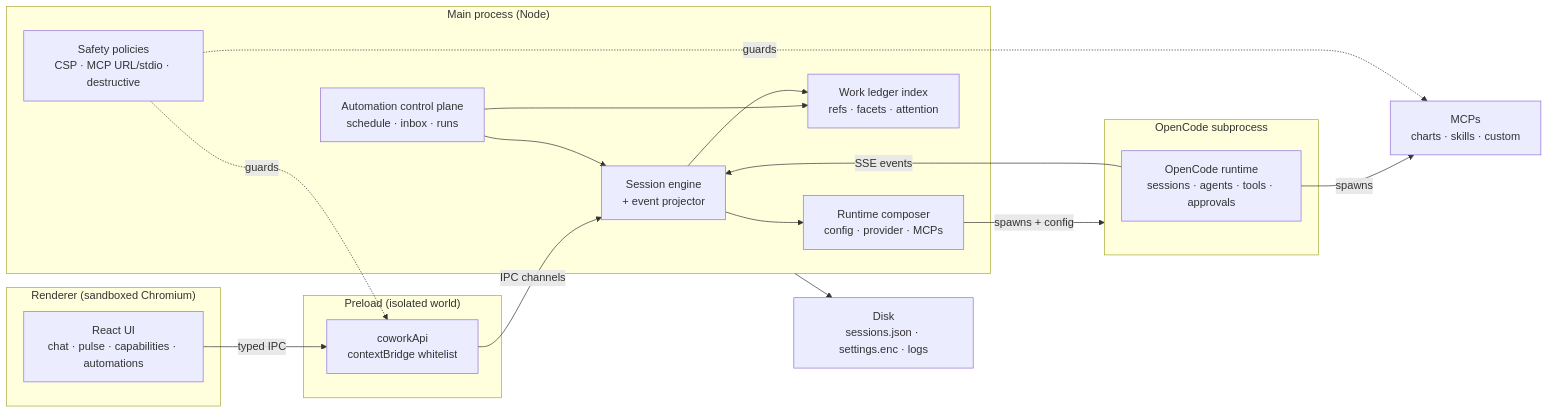
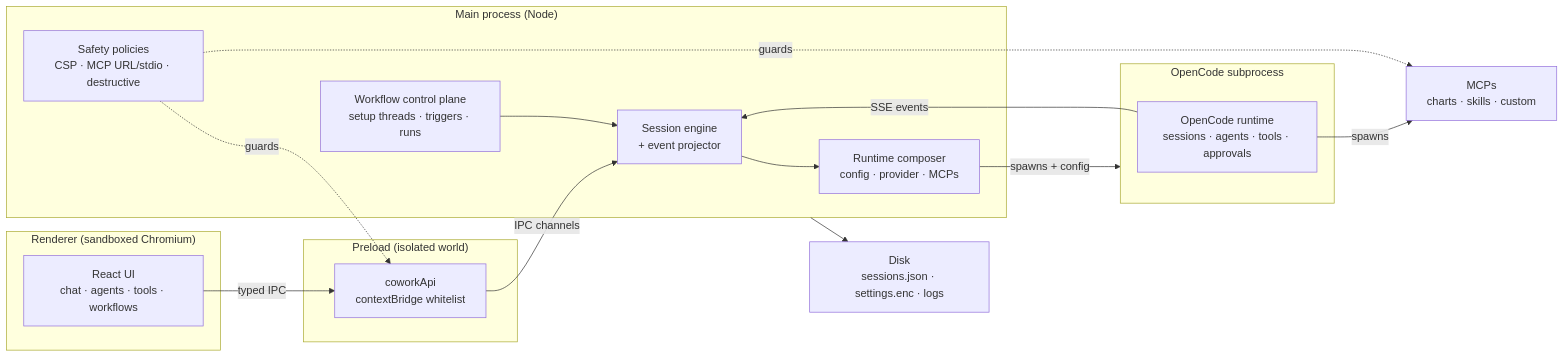
The diagram in docs/architecture.md (joe-broadhead/open-cowork), drawn with Mermaid before and after one commit. The commit also changed other lines of this file and 493 other files, not shown here.

````diff
--- a/docs/architecture.md
+++ b/docs/architecture.md
@@ -16,38 +16,35 @@
 ```mermaid
 flowchart LR
     subgraph Renderer["Renderer (sandboxed Chromium)"]
-        UI["React UI<br/>chat · pulse · capabilities · automations"]
+        UI["React UI<br/>chat · agents · tools · workflows"]
     end
 
     subgraph Preload["Preload (isolated world)"]
         Bridge["coworkApi<br/>contextBridge whitelist"]
     end
 
     subgraph Main["Main process (Node)"]
         Engine["Session engine<br/>+ event projector"]
         Runtime["Runtime composer<br/>config · provider · MCPs"]
-        Auto["Automation control plane<br/>schedule · inbox · runs"]
-        Ledger["Work ledger index<br/>refs · facets · attention"]
+        Auto["Workflow control plane<br/>setup threads · triggers · runs"]
         Policy["Safety policies<br/>CSP · MCP URL/stdio · destructive"]
     end
 
     subgraph OC["OpenCode subprocess"]
         OCRT["OpenCode runtime<br/>sessions · agents · tools · approvals"]
     end
 
     MCPs["MCPs<br/>charts · skills · custom"]
     Disk["Disk<br/>sessions.json · settings.enc · logs"]
 
     UI -->|typed IPC| Bridge
     Bridge -->|IPC channels| Engine
     Engine --> Runtime
     Runtime -->|spawns + config| OC
     OCRT -->|SSE events| Engine
     OCRT -->|spawns| MCPs
     Auto --> Engine
-    Auto --> Ledger
-    Engine --> Ledger
     Main --> Disk
     Policy -.guards.-> Bridge
     Policy -.guards.-> MCPs
 ```
````
